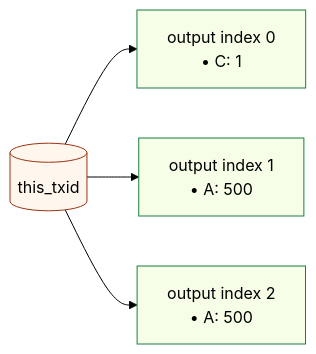
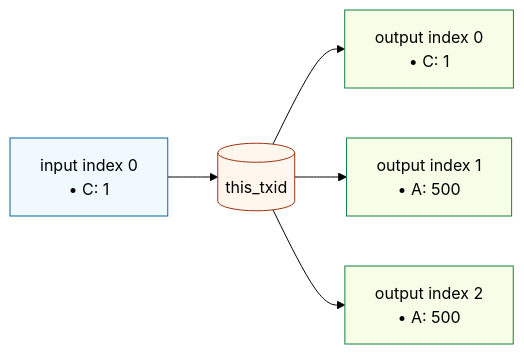
One commit to ArkLabsHQ/arkade-assets changed the first of 10 diagrams in arkassets.md. Above: the diagram before and after it, drawn with Mermaid (forest theme). The commit also changed other lines of this file and 10 other files, not shown here.

````diff
--- a/arkassets.md
+++ b/arkassets.md
@@ -278,12 +279,15 @@
 ```mermaid
 flowchart LR
   TX[(this_txid)]
+  i0["input index 0<br/>• C: 1"] --> TX
   TX --> o0["output index 0<br/>• C: 1"]
   TX --> o1["output index 1<br/>• A: 500"]
   TX --> o2["output index 2<br/>• A: 500"]
 
+  classDef in fill:#f0f9ff,stroke:#0369a1,stroke-width:1px;
   classDef out fill:#f7fee7,stroke:#15803d,stroke-width:1px;
   classDef tx fill:#fff7ed,stroke:#9a3412,stroke-width:1px;
+  class i0 in;
   class TX tx;
   class o0,o1,o2 out;
 ```
````
